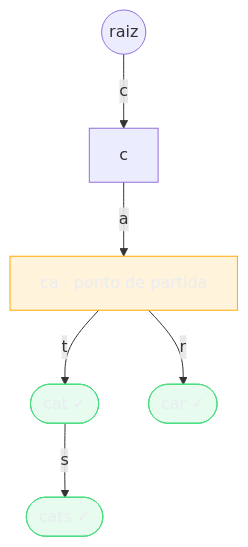
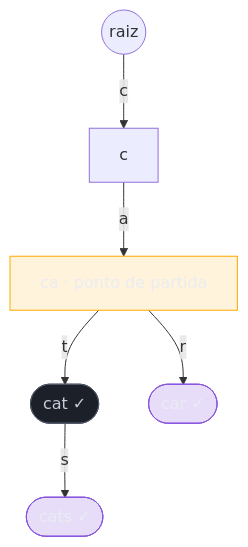
The second of 4 diagrams in 03-Dominios/Ciência/Estruturas de Dados/08 - Tries.md (josenaldo/codex-technomanticus), drawn with Mermaid before and after one commit. The commit also changed 601 other files, not shown here.

````diff
--- a/03-Dominios/Ciência/Estruturas de Dados/08 - Tries.md
+++ b/03-Dominios/Ciência/Estruturas de Dados/08 - Tries.md
@@ -78,14 +78,15 @@
 ```mermaid
 flowchart TD
+    classDef marca fill:#8855DF33,stroke:#8855DF,color:#E9ECF2
+    classDef neutro fill:#1B2029,stroke:#4E5666,color:#C6CCD8
     classDef destaque fill:#FFAA0024,stroke:#FFAA00,color:#E9ECF2
-    classDef ok fill:#4ADE8021,stroke:#4ADE80,color:#E9ECF2
     R(("raiz")) -->|c| C["c"]
     C -->|a| CA["ca · ponto de partida"]
     CA -->|t| CAT(["cat ✓"])
     CA -->|r| CAR(["car ✓"])
     CAT -->|s| CATS(["cats ✓"])
     class CA destaque
-    class CAT ok
-    class CAR ok
-    class CATS ok
+    class CAT neutro
+    class CAR marca
+    class CATS marca
 ```
````
